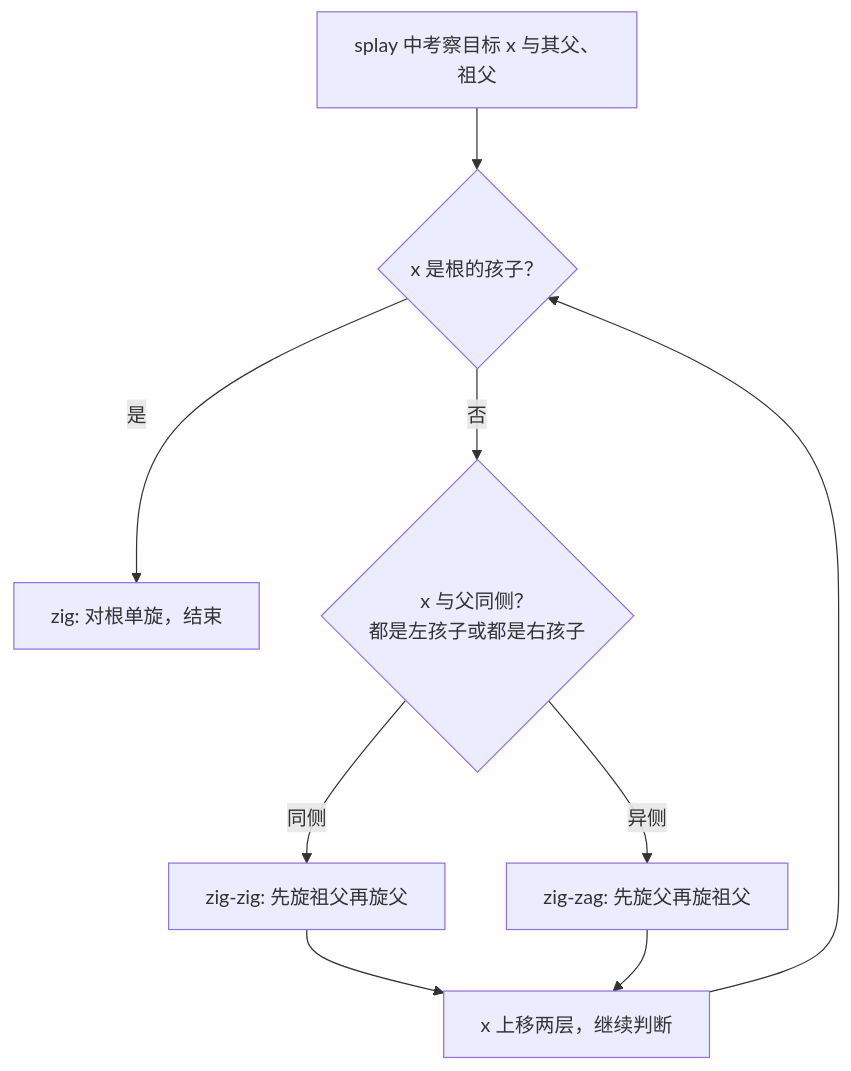
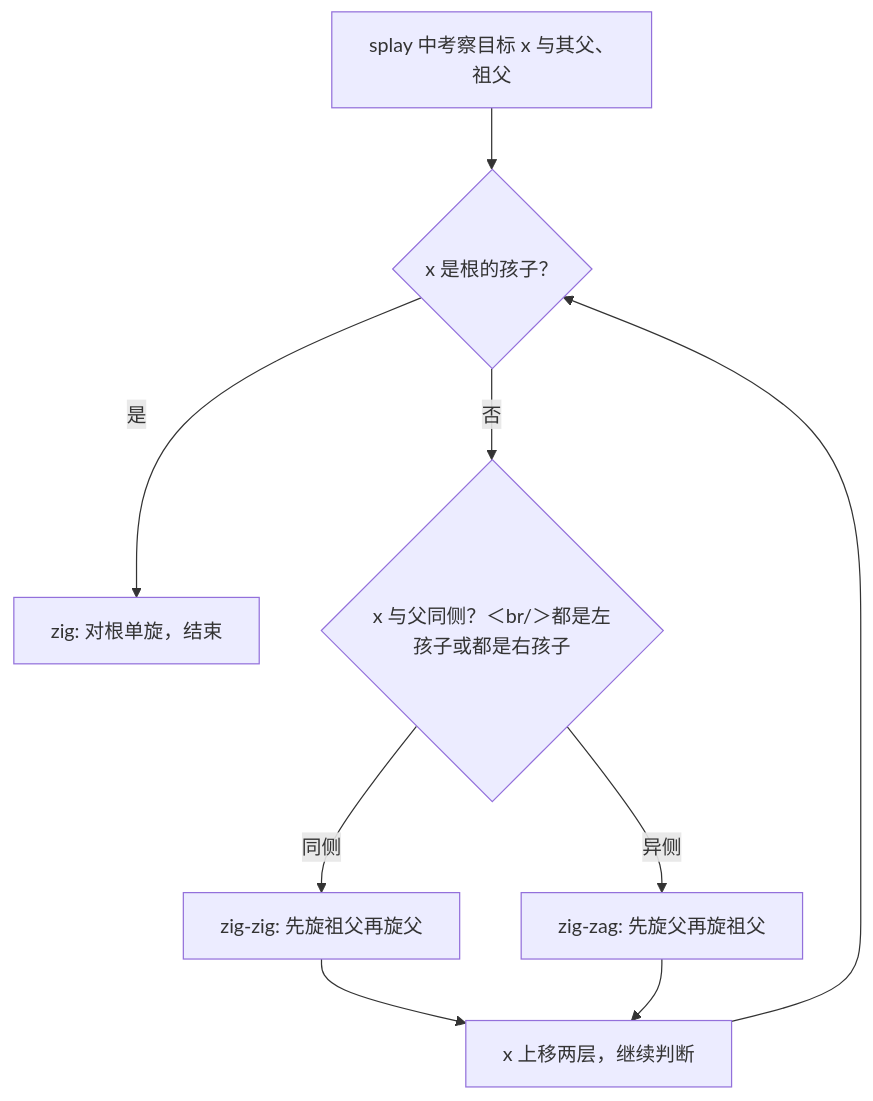
Before and after one commit to xhongduo-tech/xhongduo-tech.github.io: the second of 2 diagrams in docs/cs/splay-tree.md, drawn with Mermaid. The commit also changed 291 other files, not shown here.

Commit message:
Normalize lesson titles to tree names and repair mermaid arrow/quote syntax site-wide.

````diff
--- a/docs/cs/splay-tree.md
+++ b/docs/cs/splay-tree.md
@@ -41,11 +41,11 @@
 ```mermaid
 flowchart TD
   X["splay 中考察目标 x 与其父、祖父"] --> Q{"x 是根的孩子？"}
   Q -->|"是"| Z1["zig: 对根单旋，结束"]
-  Q -->|"否"| Q2{"x 与父同侧？<br/>都是左孩子或都是右孩子"}
+  Q -->|"否"| Q2{"x 与父同侧？＜br/＞都是左孩子或都是右孩子"}
   Q2 -->|"同侧"| ZZ["zig-zig: 先旋祖父再旋父"]
   Q2 -->|"异侧"| ZX["zig-zag: 先旋父再旋祖父"]
   ZZ --> LOOP["x 上移两层，继续判断"]
   ZX --> LOOP
   LOOP --> Q
 ```
````
